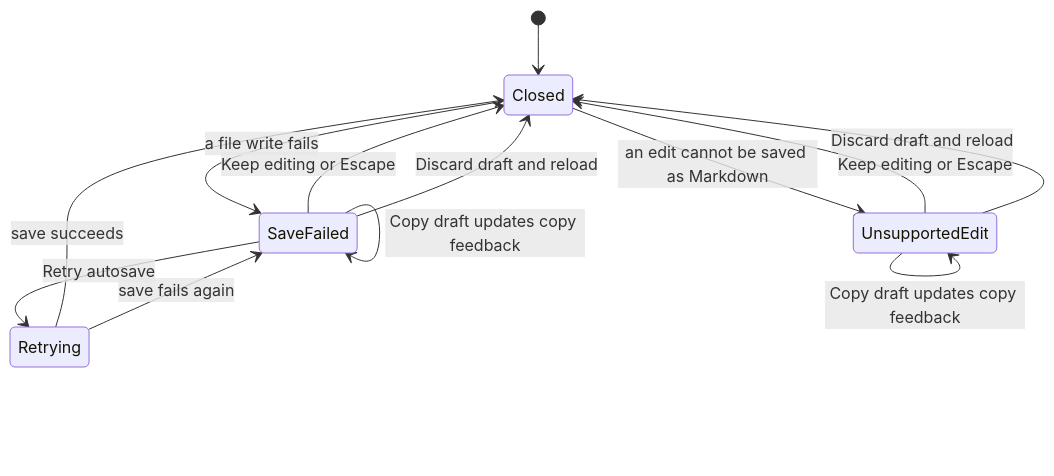
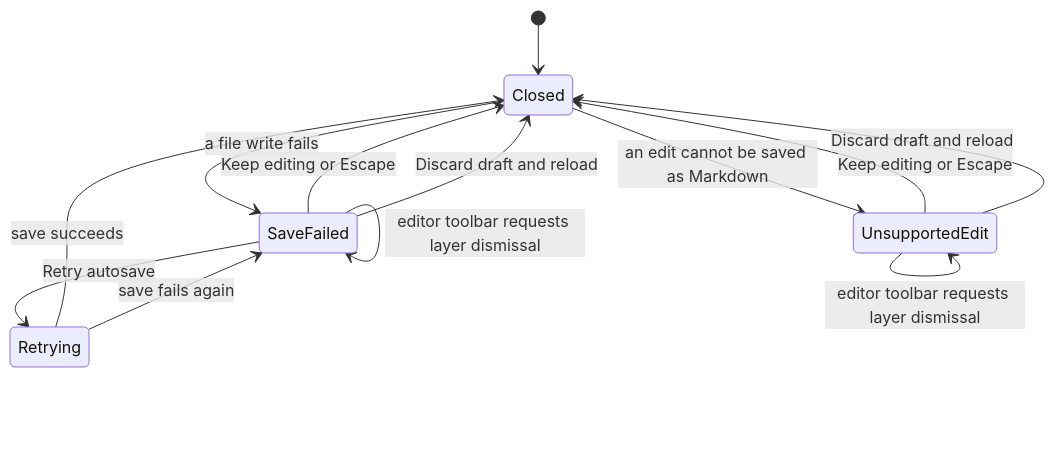
One commit to hypertextual/hypertextual changed the diagram in docs/architecture/svelte-web-app/draft-recovery-dialog.md. Above: the diagram before and after it, drawn with Mermaid. The commit also changed other lines of this file and 128 other files, not shown here.

````diff
--- a/docs/architecture/svelte-web-app/draft-recovery-dialog.md
+++ b/docs/architecture/svelte-web-app/draft-recovery-dialog.md
@@ -55,15 +55,17 @@
 ```mermaid
 stateDiagram-v2
     [*] --> Closed
     Closed --> SaveFailed: a file write fails
     Closed --> UnsupportedEdit: an edit cannot be saved as Markdown
     SaveFailed --> Retrying: Retry autosave
     Retrying --> Closed: save succeeds
     Retrying --> SaveFailed: save fails again
     SaveFailed --> SaveFailed: Copy draft updates copy feedback
     UnsupportedEdit --> UnsupportedEdit: Copy draft updates copy feedback
+    UnsupportedEdit --> UnsupportedEdit: editor toolbar requests layer dismissal
+    SaveFailed --> SaveFailed: editor toolbar requests layer dismissal
     SaveFailed --> Closed: Keep editing or Escape
     UnsupportedEdit --> Closed: Keep editing or Escape
     SaveFailed --> Closed: Discard draft and reload
     UnsupportedEdit --> Closed: Discard draft and reload
 ```
````
